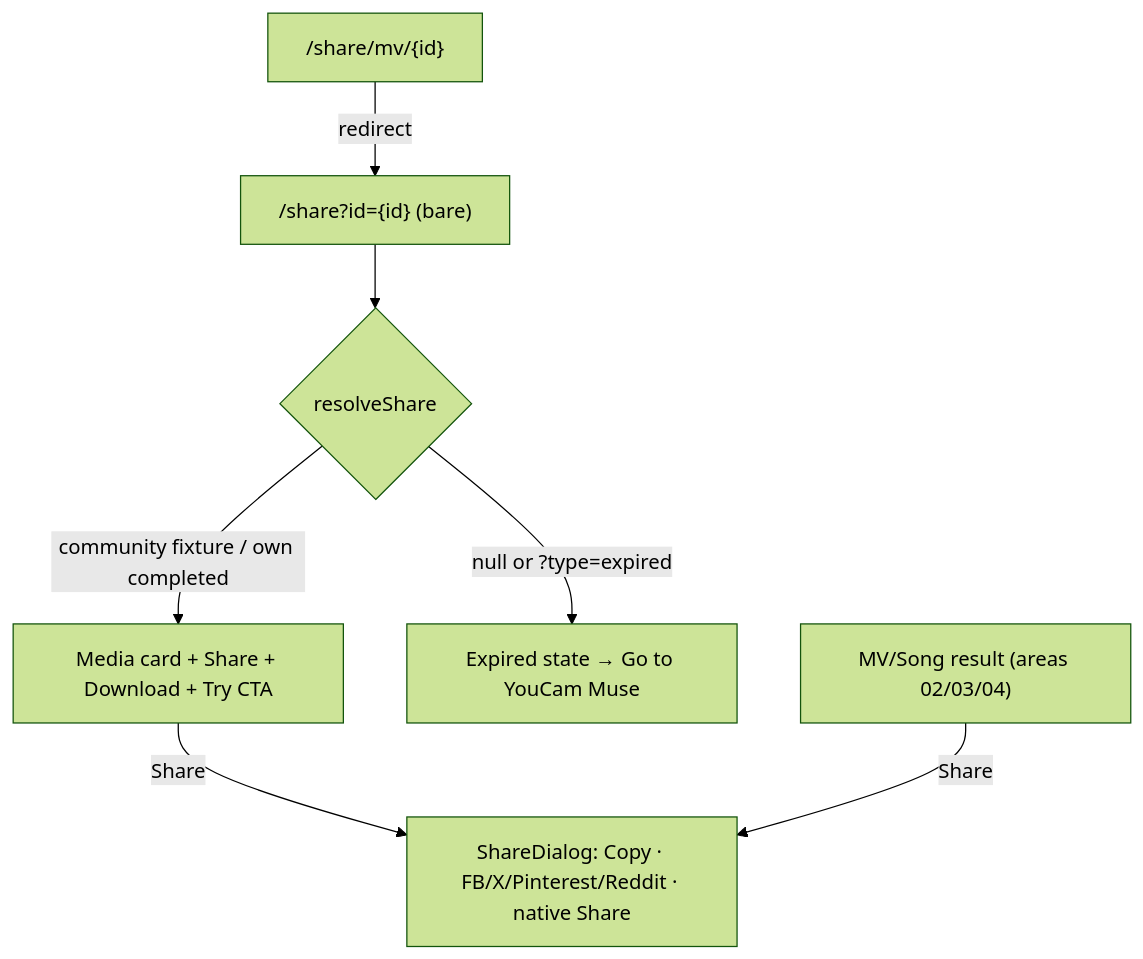
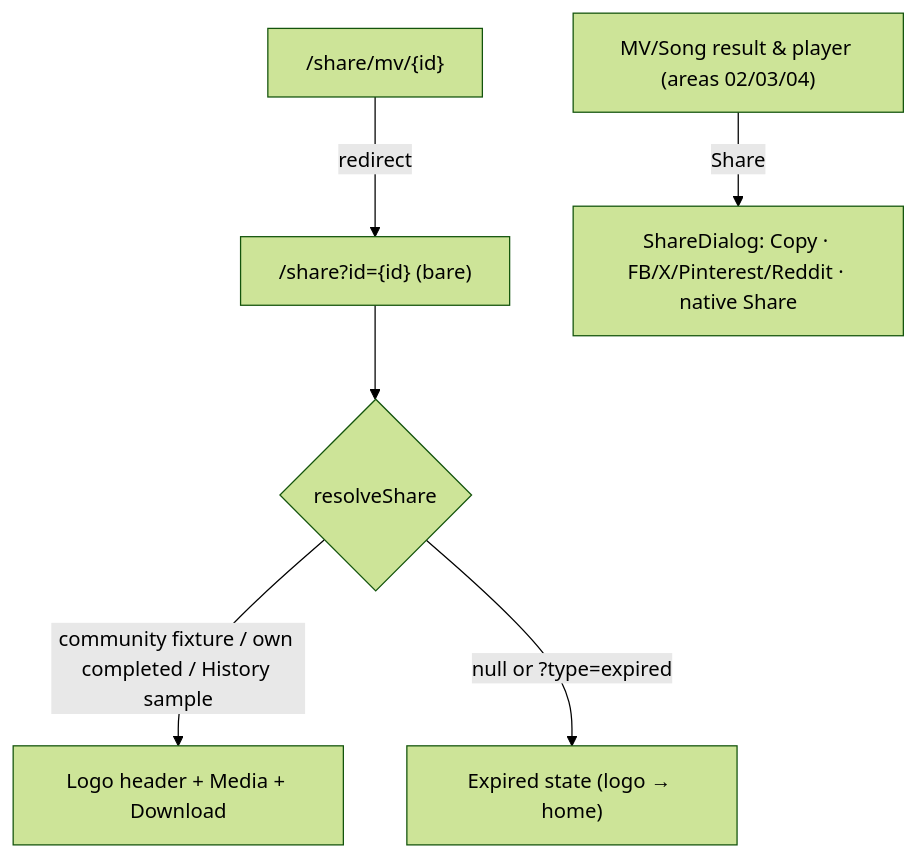
The diagram in web-app/specs/areas/10-share.md (pft-JasonChen/musemv-ai), drawn with Mermaid (forest theme) before and after one commit. The commit also changed other lines of this file and 11 other files, not shown here.

````diff
--- a/web-app/specs/areas/10-share.md
+++ b/web-app/specs/areas/10-share.md
@@ -142,9 +146,8 @@
 ```mermaid
 flowchart TD
   Legacy["/share/mv/{id}"] -->|redirect| SharePage["/share?id={id} (bare)"]
   SharePage --> Resolve{resolveShare}
-  Resolve -->|community fixture / own completed| Valid["Media card + Share + Download + Try CTA"]
-  Resolve -->|null or ?type=expired| Expired["Expired state → Go to YouCam Muse"]
-  Valid -->|Share| Dialog["ShareDialog: Copy · FB/X/Pinterest/Reddit · native Share"]
-  Result["MV/Song result (areas 02/03/04)"] -->|Share| Dialog
+  Resolve -->|community fixture / own completed / History sample| Valid["Logo header + Media + Download"]
+  Resolve -->|null or ?type=expired| Expired["Expired state (logo → home)"]
+  Result["MV/Song result & player (areas 02/03/04)"] -->|Share| Dialog["ShareDialog: Copy · FB/X/Pinterest/Reddit · native Share"]
 ```
````
